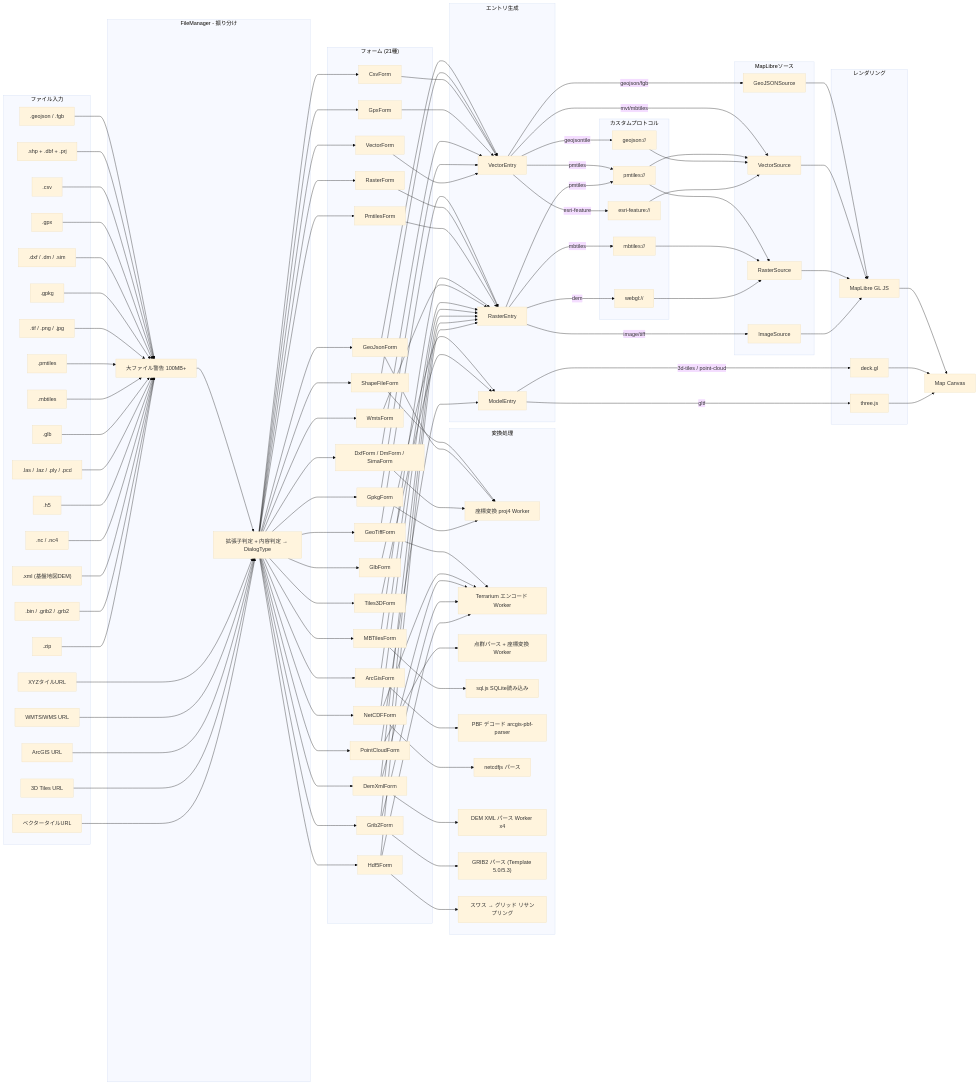
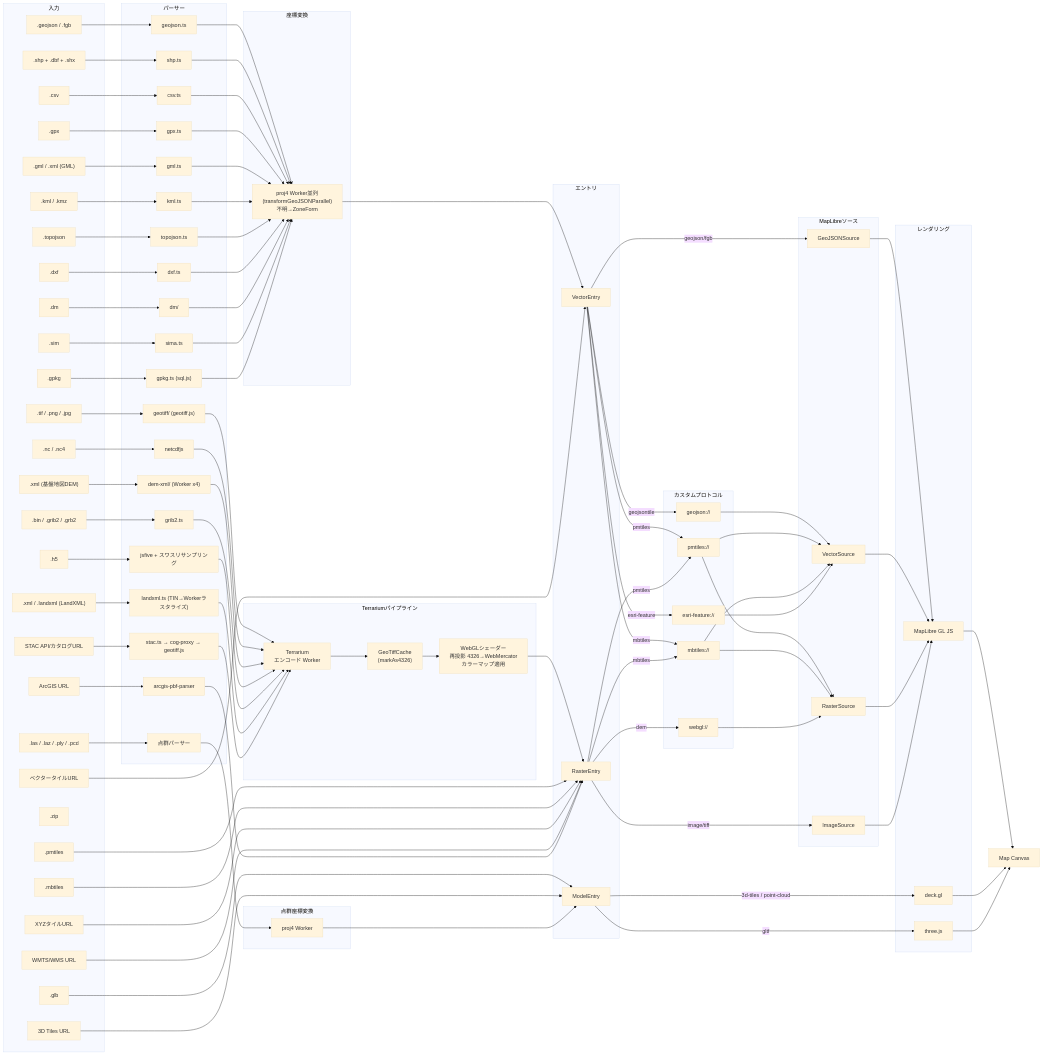
The diagram in docs/data-pipeline.md (forestacdev/morivis), drawn with Mermaid (base theme) before and after one commit. The commit also changed other lines of this file, not shown here.

````diff
--- a/docs/data-pipeline.md
+++ b/docs/data-pipeline.md
@@ -7,81 +7,85 @@
 ```mermaid
 graph LR
-    subgraph Input["ファイル入力"]
-        F1[".geojson / .fgb"]
-        F2[".shp + .dbf + .prj"]
-        F3[".csv"]
-        F4[".gpx"]
-        F5[".dxf / .dm / .sim"]
-        F6[".gpkg"]
-        F7[".tif / .png / .jpg"]
-        F8[".pmtiles"]
-        F9[".mbtiles"]
-        F10[".glb"]
-        F11[".las / .laz / .ply / .pcd"]
-        F12[".h5"]
-        F13[".nc / .nc4"]
-        F14[".xml (基盤地図DEM)"]
-        F15[".bin / .grib2 / .grb2"]
-        F16[".zip"]
-        U1["XYZタイルURL"]
-        U2["WMTS/WMS URL"]
-        U3["ArcGIS URL"]
-        U4["3D Tiles URL"]
-        U5["ベクタータイルURL"]
+    subgraph Input["入力"]
+        F_GJ[".geojson / .fgb"]
+        F_SHP[".shp + .dbf + .shx"]
+        F_CSV[".csv"]
+        F_GPX[".gpx"]
+        F_GML[".gml / .xml (GML)"]
+        F_KML[".kml / .kmz"]
+        F_TOPO[".topojson"]
+        F_DXF[".dxf"]
+        F_DM[".dm"]
+        F_SIMA[".sim"]
+        F_GPKG[".gpkg"]
+        F_TIF[".tif / .png / .jpg"]
+        F_PMT[".pmtiles"]
+        F_MBT[".mbtiles"]
+        F_GLB[".glb"]
+        F_PC[".las / .laz / .ply / .pcd"]
+        F_H5[".h5"]
+        F_NC[".nc / .nc4"]
+        F_DEM[".xml (基盤地図DEM)"]
+        F_GRB[".bin / .grib2 / .grb2"]
+        F_LX[".xml / .landxml (LandXML)"]
+        F_ZIP[".zip"]
+        U_XYZ["XYZタイルURL"]
+        U_WMS["WMTS/WMS URL"]
+        U_ARC["ArcGIS URL"]
+        U_3DT["3D Tiles URL"]
+        U_VEC["ベクタータイルURL"]
+        U_STAC["STAC API/カタログURL"]
     end
 
-    subgraph Routing["FileManager - 振り分け"]
-        FSC["大ファイル警告 100MB+"]
-        FM["拡張子判定 + 内容判定 → DialogType"]
+    subgraph Parsers["パーサー"]
+        P_GJ["geojson.ts"]
+        P_SHP["shp.ts"]
+        P_CSV["csv.ts"]
+        P_GPX["gpx.ts"]
+        P_GML["gml.ts"]
+        P_KML["kml.ts"]
+        P_TOPO["topojson.ts"]
+        P_DXF["dxf.ts"]
+        P_DM["dm/"]
+        P_SIMA["sima.ts"]
+        P_GPKG["gpkg.ts (sql.js)"]
+        P_TIF["geotiff/ (geotiff.js)"]
+        P_NC["netcdfjs"]
+        P_DEM["dem-xml/ (Worker x4)"]
+        P_GRB["grib2.ts"]
+        P_H5["jsfive + スワスリサンプリング"]
+        P_LX["landxml.ts (TIN→Workerラスタライズ)"]
+        P_STAC["stac.ts → cog-proxy → geotiff.js"]
+        P_PC["点群パーサー"]
+        P_PBF["arcgis-pbf-parser"]
     end
 
-    subgraph Forms["フォーム (21種)"]
-        GJF["GeoJsonForm"]
-        SHF["ShapeFileForm"]
-        CSV["CsvForm"]
-        GPX["GpxForm"]
-        DXF["DxfForm / DmForm / SimaForm"]
-        GPK["GpkgForm"]
-        GTF["GeoTiffForm"]
-        RSF["RasterForm"]
-        PMF["PmtilesForm"]
-        MBF["MBTilesForm"]
-        GLB["GlbForm"]
-        T3D["Tiles3DForm"]
-        PCF["PointCloudForm"]
-        WMT["WmtsForm"]
-        ARC["ArcGisForm"]
-        VCF["VectorForm"]
-        H5F["Hdf5Form"]
-        NCF["NetCDFForm"]
-        DXM["DemXmlForm"]
-        GRB["Grib2Form"]
+    subgraph ProjTransform["座標変換"]
+        PRJ["proj4 Worker並列\n(transformGeoJSONParallel)\n不明→ZoneForm"]
     end
 
-    subgraph Transform["変換処理"]
-        PRJ["座標変換 proj4 Worker"]
-        TER["Terrarium エンコード Worker"]
-        PCS["点群パース + 座標変換 Worker"]
-        SQL["sql.js SQLite読み込み"]
-        PBF["PBF デコード arcgis-pbf-parser"]
-        NCP["netcdfjs パース"]
-        DXP["DEM XML パース Worker x4"]
-        GRP["GRIB2 パース (Template 5.0/5.3)"]
-        SWR["スワス → グリッド リサンプリング"]
+    subgraph TerrariumPipeline["Terrariumパイプライン"]
+        TER["Terrarium\nエンコード Worker"]
+        CACHE["GeoTiffCache\n(markAs4326)"]
+        WEBGL["WebGLシェーダー\n再投影 4326→WebMercator\nカラーマップ適用"]
     end
 
-    subgraph Entries["エントリ生成"]
+    subgraph PcTransform["点群座標変換"]
+        PCS["proj4 Worker"]
+    end
+
+    subgraph Entries["エントリ"]
         VE["VectorEntry"]
         RE["RasterEntry"]
         ME["ModelEntry"]
     end
 
     subgraph Protocol["カスタムプロトコル"]
-        P1["geojson://"]
-        P2["pmtiles://"]
-        P3["mbtiles://"]
-        P4["esri-feature://"]
-        P5["webgl://"]
+        PR1["geojson://"]
+        PR2["pmtiles://"]
+        PR3["mbtiles://"]
+        PR4["esri-feature://"]
+        PR5["webgl://"]
     end
 
     subgraph Sources["MapLibreソース"]
@@ -99,39 +103,63 @@
 
     CV["Map Canvas"]
 
-    F1 & F2 & F3 & F4 & F5 & F6 & F7 & F8 & F9 & F10 & F11 & F12 & F13 & F14 & F15 & F16 --> FSC --> FM
-    U1 & U2 & U3 & U4 & U5 --> FM
+    %% ベクターパーサー
+    F_GJ --> P_GJ
+    F_SHP --> P_SHP
+    F_CSV --> P_CSV
+    F_GPX --> P_GPX
+    F_GML --> P_GML
+    F_KML --> P_KML
+    F_TOPO --> P_TOPO
+    F_DXF --> P_DXF
+    F_DM --> P_DM
+    F_SIMA --> P_SIMA
+    F_GPKG --> P_GPKG
 
-    FM --> GJF & SHF & CSV & GPX & DXF & GPK & GTF & RSF & PMF & MBF & GLB & T3D & PCF & WMT & ARC & VCF & H5F & NCF & DXM & GRB
+    %% ベクター → 座標変換 → エントリ
+    P_GJ & P_SHP & P_CSV & P_GPX & P_GML & P_KML & P_TOPO & P_DXF & P_DM & P_SIMA & P_GPKG --> PRJ
+    PRJ --> VE
 
-    SHF & GJF & DXF & GPK --> PRJ
-    GTF & NCF & DXM & GRB & H5F --> TER
-    PCF --> PCS
-    MBF --> SQL
-    ARC --> PBF
-    NCF --> NCP
-    DXM --> DXP
-    GRB --> GRP
-    H5F --> SWR
+    %% ラスターパーサー
+    F_TIF --> P_TIF
+    F_NC --> P_NC
+    F_DEM --> P_DEM
+    F_GRB --> P_GRB
+    F_H5 --> P_H5
+    F_LX --> P_LX
+    U_STAC --> P_STAC
 
-    GJF & SHF & CSV & GPX & DXF & GPK & VCF --> VE
-    GTF & RSF & PMF & MBF & WMT & ARC & NCF & DXM & GRB & H5F --> RE
-    GLB & T3D & PCF --> ME
+    %% ラスター → Terrarium → エントリ
+    P_TIF & P_NC & P_DEM & P_GRB & P_H5 & P_LX & P_STAC --> TER
+    TER --> CACHE --> WEBGL --> RE
 
+    %% タイル系 → エントリ
+    F_PMT --> RE
+    F_MBT --> RE
+    U_XYZ & U_WMS --> RE
+    U_ARC --> P_PBF --> RE
+    U_VEC --> VE
+
+    %% 3D/点群 → エントリ
+    F_GLB --> ME
+    U_3DT --> ME
+    F_PC --> P_PC --> PCS --> ME
+
+    %% エントリ → プロトコル → ソース
     VE -->|geojson/fgb| GJS
-    VE -->|mvt/mbtiles| VTS
-    VE -->|pmtiles| P2 --> VTS
-    VE -->|geojsontile| P1 --> VTS
-    VE -->|esri-feature| P4 --> VTS
+    VE -->|geojsontile| PR1 --> VTS
+    VE -->|pmtiles| PR2 --> VTS
+    VE -->|mbtiles| PR3 --> VTS
+    VE -->|esri-feature| PR4 --> VTS
     RE -->|image/tiff| IMS
-    RE -->|pmtiles| P2 --> RTS
-    RE -->|mbtiles| P3 --> RTS
-    RE -->|dem| P5 --> RTS
+    RE -->|pmtiles| PR2 --> RTS
+    RE -->|mbtiles| PR3 --> RTS
+    RE -->|dem| PR5 --> RTS
 
+    %% ソース → レンダラー → キャンバス
     GJS & VTS --> ML
     RTS & IMS --> ML
     ME -->|3d-tiles / point-cloud| DK
     ME -->|gltf| TH
-
     ML & DK & TH --> CV
 ```
````
